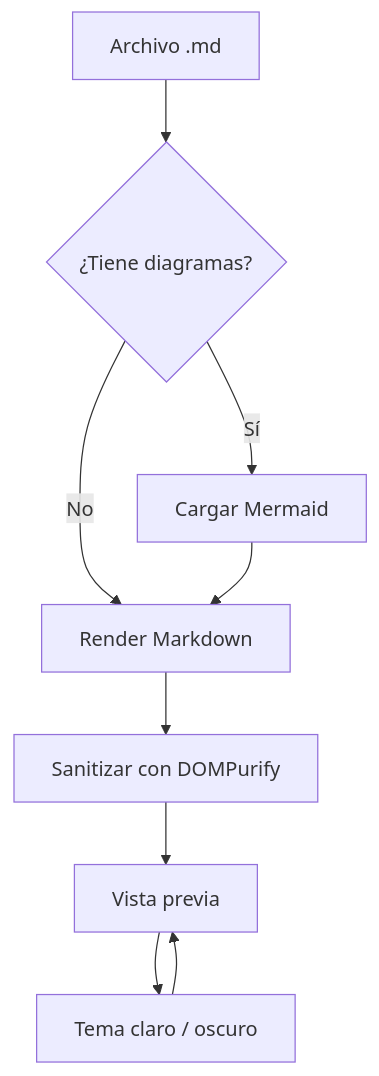
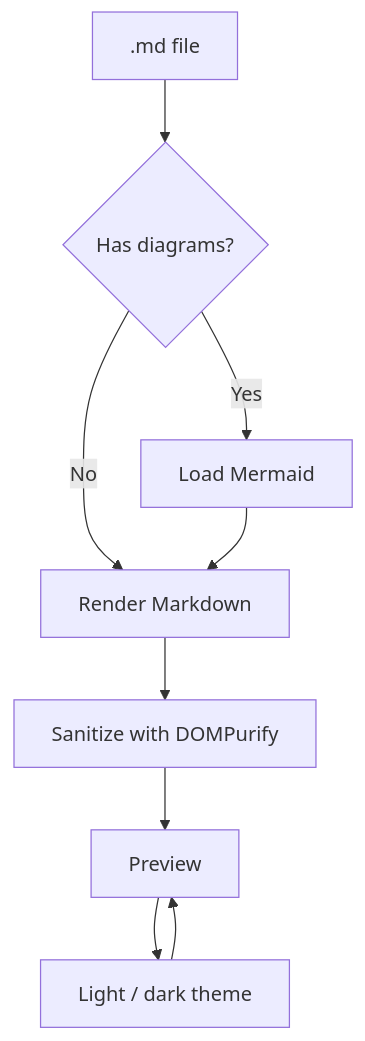
Before and after one commit to jigonzalez930209/md-view: the first of 4 diagrams in src/demo.md, drawn with Mermaid. The commit also changed other lines of this file and 2 other files, not shown here.

````diff
--- a/src/demo.md
+++ b/src/demo.md
@@ -165,11 +165,11 @@
 ```mermaid
 flowchart TD
-    A[Archivo .md] --> B{¿Tiene diagramas?}
-    B -- Sí --> C[Cargar Mermaid]
+    A[.md file] --> B{Has diagrams?}
+    B -- Yes --> C[Load Mermaid]
     B -- No --> D[Render Markdown]
     C --> D
-    D --> E[Sanitizar con DOMPurify]
-    E --> F[Vista previa]
-    F --> G[Tema claro / oscuro]
+    D --> E[Sanitize with DOMPurify]
+    E --> F[Preview]
+    F --> G[Light / dark theme]
     G --> F
 ```
````
